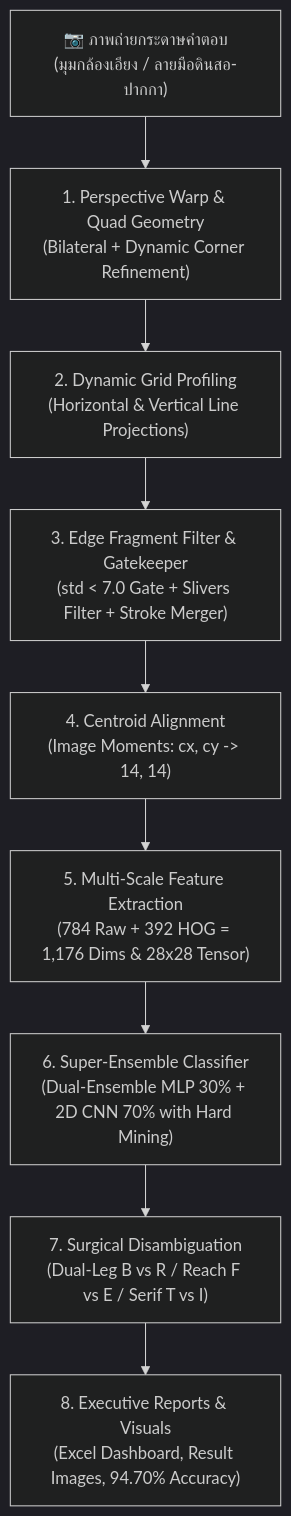
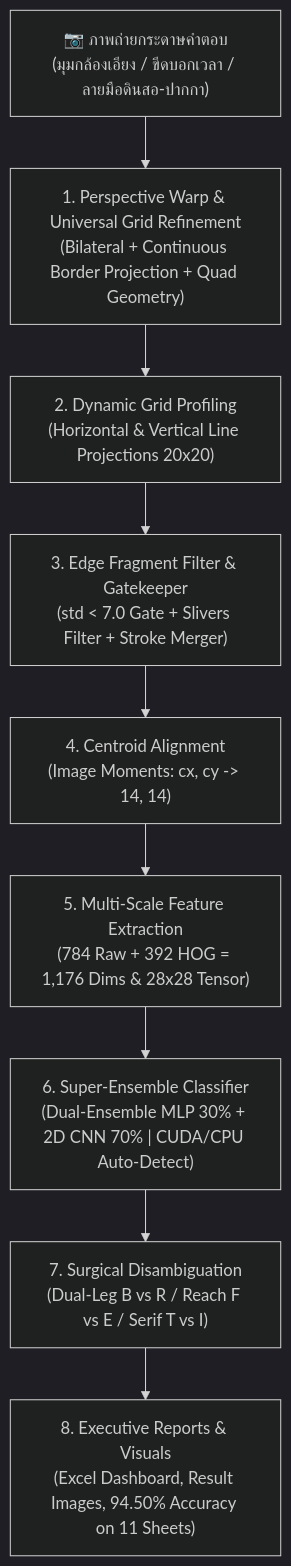
The diagram in howtodo.md (67160213-ux/Project_CV), drawn with Mermaid (dark theme) before and after one commit. The commit also changed other lines of this file and 55 other files, not shown here.

First line of the commit message:
feat: expand benchmark to 12 sheets (95.12% Super-Ensemble) and organize project files

````diff
--- a/howtodo.md
+++ b/howtodo.md
@@ -83,11 +84,11 @@
 ```mermaid
 graph TD
-    A["📷 ภาพถ่ายกระดาษคำตอบ<br/>(มุมกล้องเอียง / ลายมือดินสอ-ปากกา)"] --> B["1. Perspective Warp & Quad Geometry<br/>(Bilateral + Dynamic Corner Refinement)"]
-    B --> C["2. Dynamic Grid Profiling<br/>(Horizontal & Vertical Line Projections)"]
+    A["📷 ภาพถ่ายกระดาษคำตอบ<br/>(มุมกล้องเอียง / ขีดบอกเวลา / ลายมือดินสอ-ปากกา)"] --> B["1. Perspective Warp & Universal Grid Refinement<br/>(Bilateral + Continuous Border Projection + Quad Geometry)"]
+    B --> C["2. Dynamic Grid Profiling<br/>(Horizontal & Vertical Line Projections 20x20)"]
     C --> D["3. Edge Fragment Filter & Gatekeeper<br/>(std < 7.0 Gate + Slivers Filter + Stroke Merger)"]
     D --> E["4. Centroid Alignment<br/>(Image Moments: cx, cy -> 14, 14)"]
     E --> F["5. Multi-Scale Feature Extraction<br/>(784 Raw + 392 HOG = 1,176 Dims & 28x28 Tensor)"]
-    F --> G["6. Super-Ensemble Classifier<br/>(Dual-Ensemble MLP 30% + 2D CNN 70% with Hard Mining)"]
+    F --> G["6. Super-Ensemble Classifier<br/>(Dual-Ensemble MLP 30% + 2D CNN 70% | CUDA/CPU Auto-Detect)"]
     G --> H["7. Surgical Disambiguation<br/>(Dual-Leg B vs R / Reach F vs E / Serif T vs I)"]
-    H --> I["8. Executive Reports & Visuals<br/>(Excel Dashboard, Result Images, 94.70% Accuracy)"]
+    H --> I["8. Executive Reports & Visuals<br/>(Excel Dashboard, Result Images, 94.50% Accuracy on 11 Sheets)"]
 ```
````
